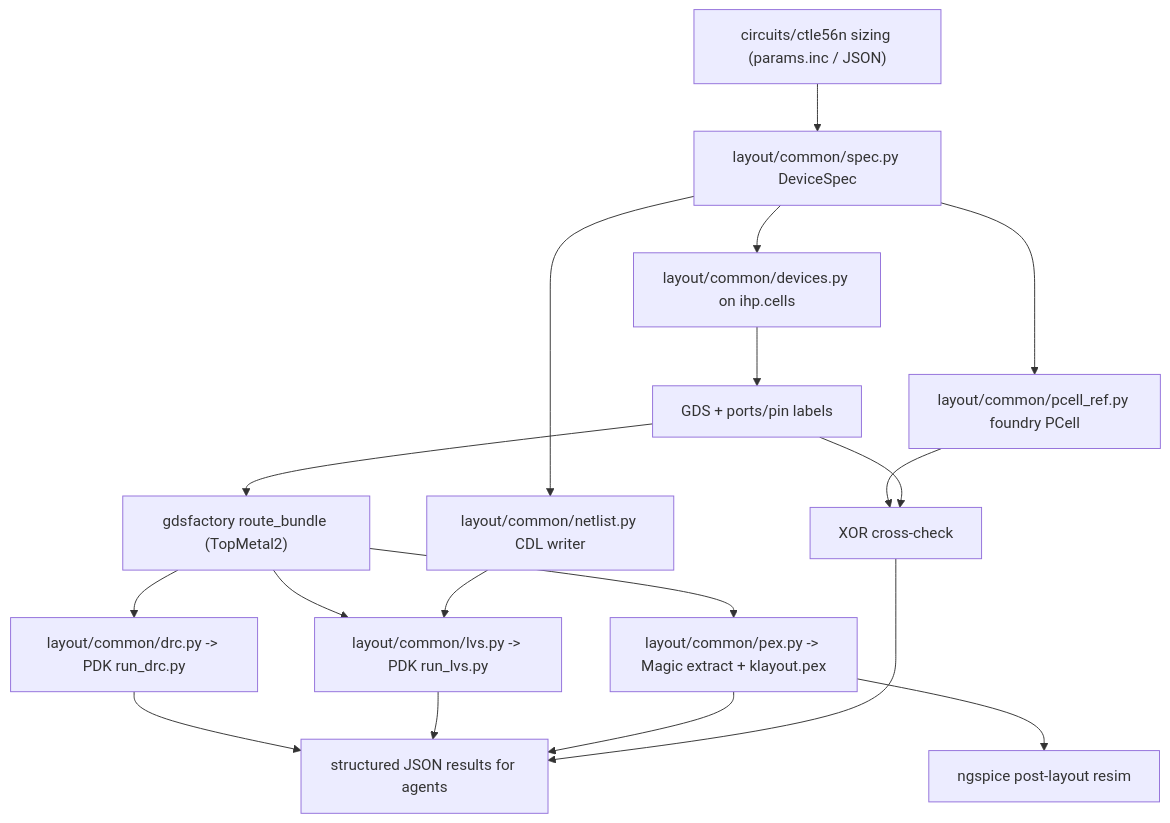
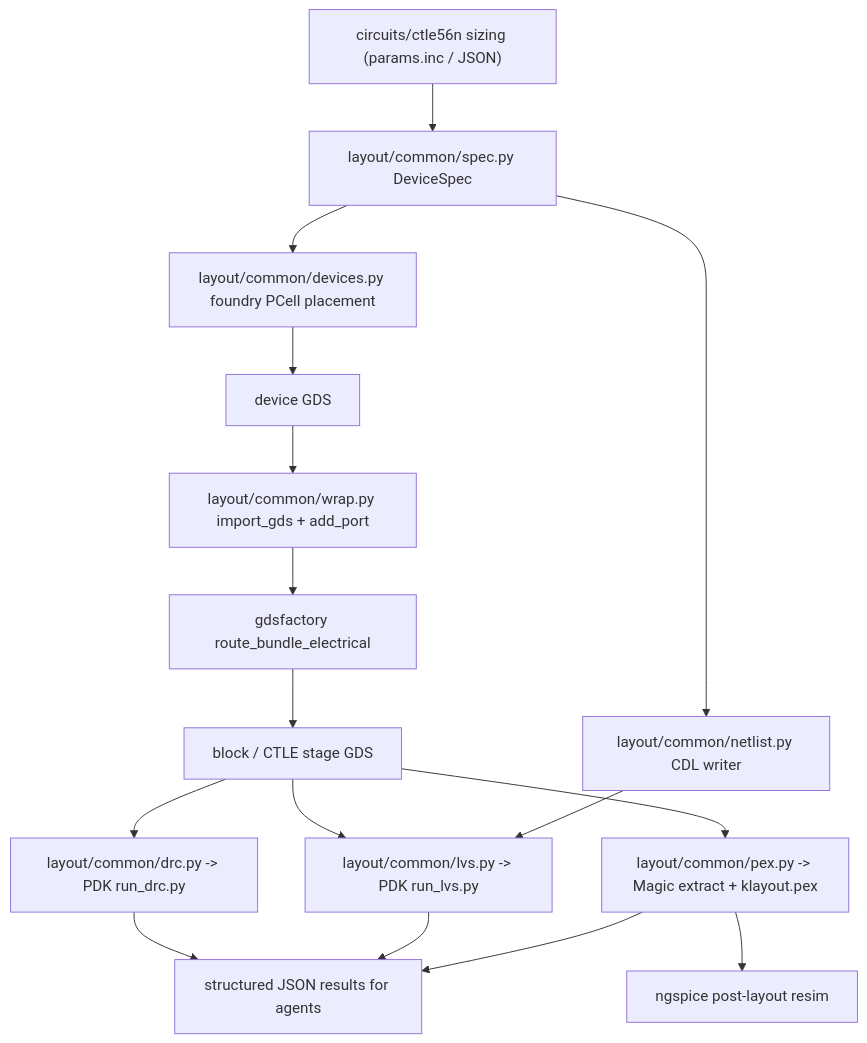
The diagram in .cursor/plans/agentic-layout-flow.plan.md (oscarmattia/ihp-experiments), drawn with Mermaid before and after one commit. The commit also changed other lines of this file, not shown here.

First line of the commit message:
Re-draft layout plan: place foundry PCells, route with gdsfactory

````diff
--- a/.cursor/plans/agentic-layout-flow.plan.md
+++ b/.cursor/plans/agentic-layout-flow.plan.md
@@ -106,20 +123,18 @@
 ```mermaid
 graph TD
   sizing["circuits/ctle56n sizing (params.inc / JSON)"] --> spec["layout/common/spec.py DeviceSpec"]
-  spec --> gen["layout/common/devices.py on ihp.cells"]
+  spec --> pcell["layout/common/devices.py foundry PCell placement"]
   spec --> cdl["layout/common/netlist.py CDL writer"]
-  spec --> ref["layout/common/pcell_ref.py foundry PCell"]
-  gen --> gds["GDS + ports/pin labels"]
-  ref --> xor["XOR cross-check"]
-  gds --> xor
-  gds --> route["gdsfactory route_bundle (TopMetal2)"]
-  route --> drc["layout/common/drc.py -> PDK run_drc.py"]
-  route --> lvs["layout/common/lvs.py -> PDK run_lvs.py"]
+  pcell --> gdsdev["device GDS"]
+  gdsdev --> wrap["layout/common/wrap.py import_gds + add_port"]
+  wrap --> route["gdsfactory route_bundle_electrical"]
+  route --> top["block / CTLE stage GDS"]
+  top --> drc["layout/common/drc.py -> PDK run_drc.py"]
+  top --> lvs["layout/common/lvs.py -> PDK run_lvs.py"]
   cdl --> lvs
-  route --> pex["layout/common/pex.py -> Magic extract + klayout.pex"]
+  top --> pex["layout/common/pex.py -> Magic extract + klayout.pex"]
   pex --> sim["ngspice post-layout resim"]
   drc --> json["structured JSON results for agents"]
   lvs --> json
   pex --> json
-  xor --> json
 ```
````
